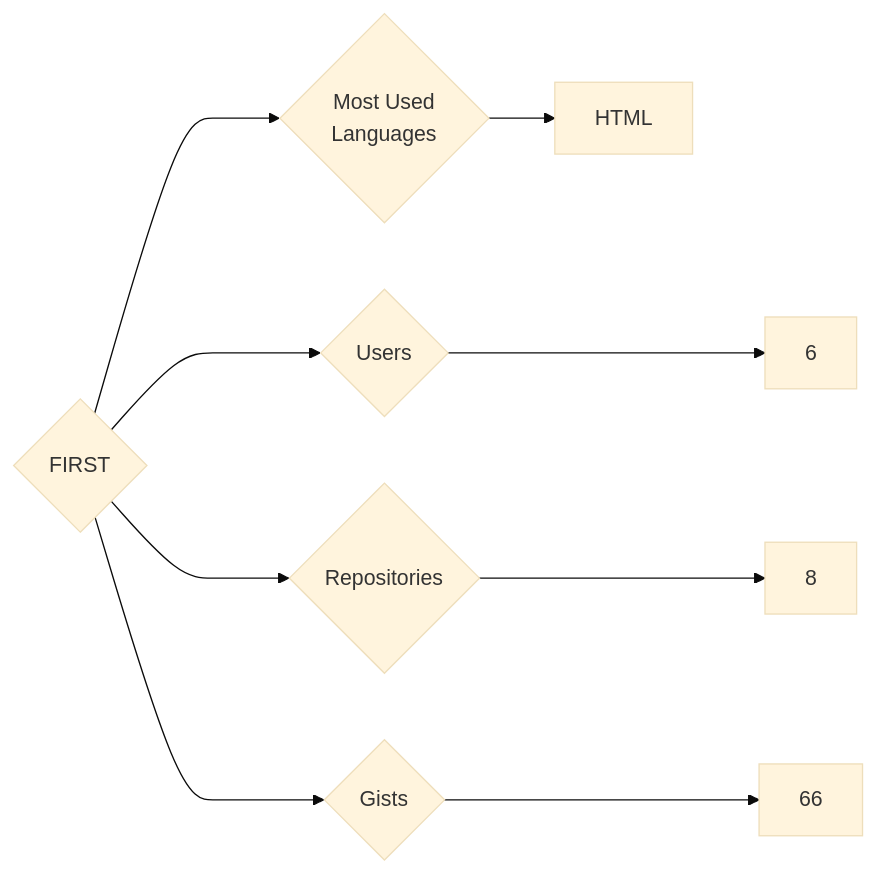
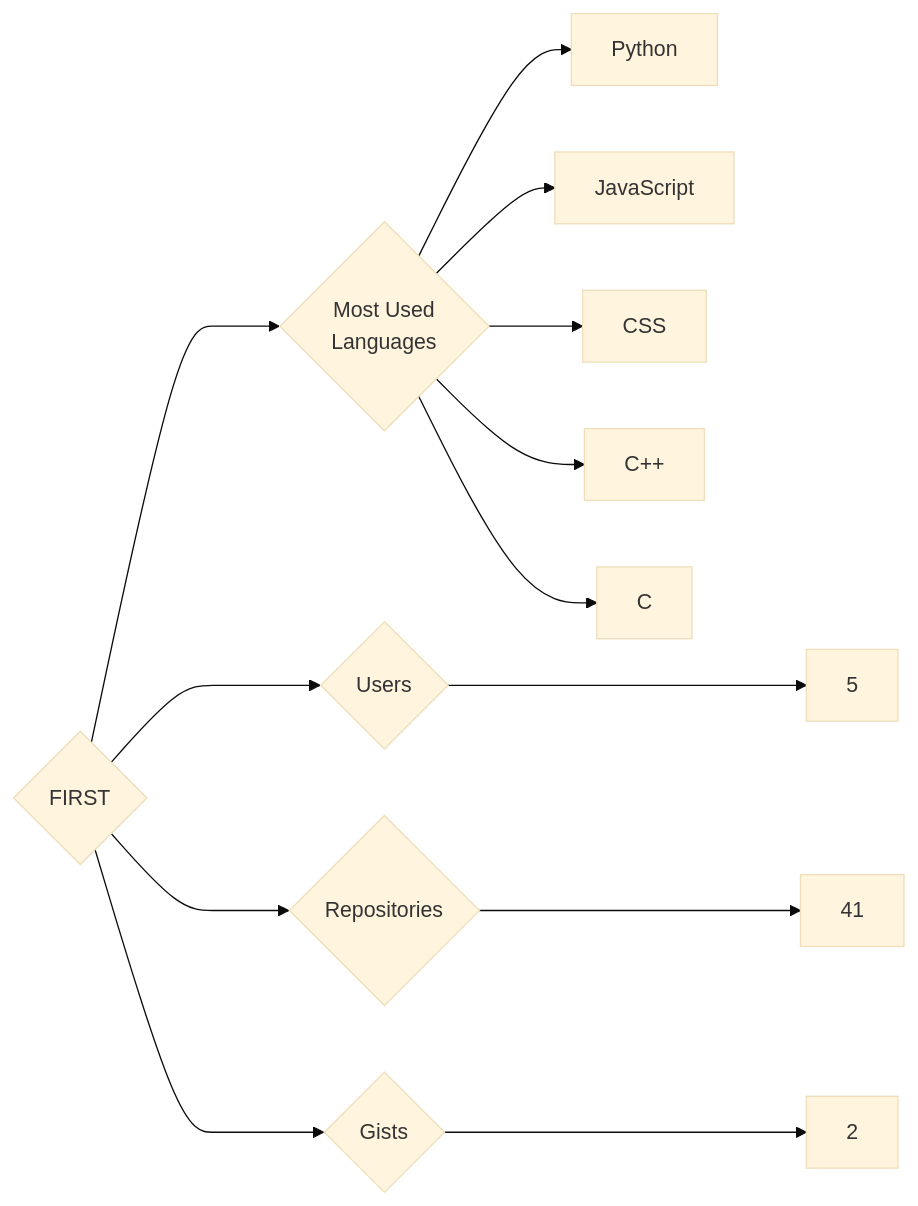
The diagram in targets/FIRST/README.md (trickest/insiders), drawn with Mermaid (base theme) before and after one commit. The commit also changed 1078 other files, not shown here.

````diff
--- a/targets/FIRST/README.md
+++ b/targets/FIRST/README.md
@@ -3,9 +3,13 @@
 ```mermaid
 graph LR
 COMPANY_NAME{FIRST}
-COMPANY_NAME ---> U{Users} ---> UN[6]
-COMPANY_NAME ---> R{Repositories} ---> RN[8]
-COMPANY_NAME ---> G{Gists} ---> GN[66]
+COMPANY_NAME ---> U{Users} ---> UN[5]
+COMPANY_NAME ---> R{Repositories} ---> RN[41]
+COMPANY_NAME ---> G{Gists} ---> GN[2]
 COMPANY_NAME ---> ML{Most Used<br>Languages}
-ML --> HTML[HTML]
+ML --> Python[Python]
+ML --> JavaScript[JavaScript]
+ML --> CSS[CSS]
+ML --> C++[C++]
+ML --> C[C]
 ```
````
